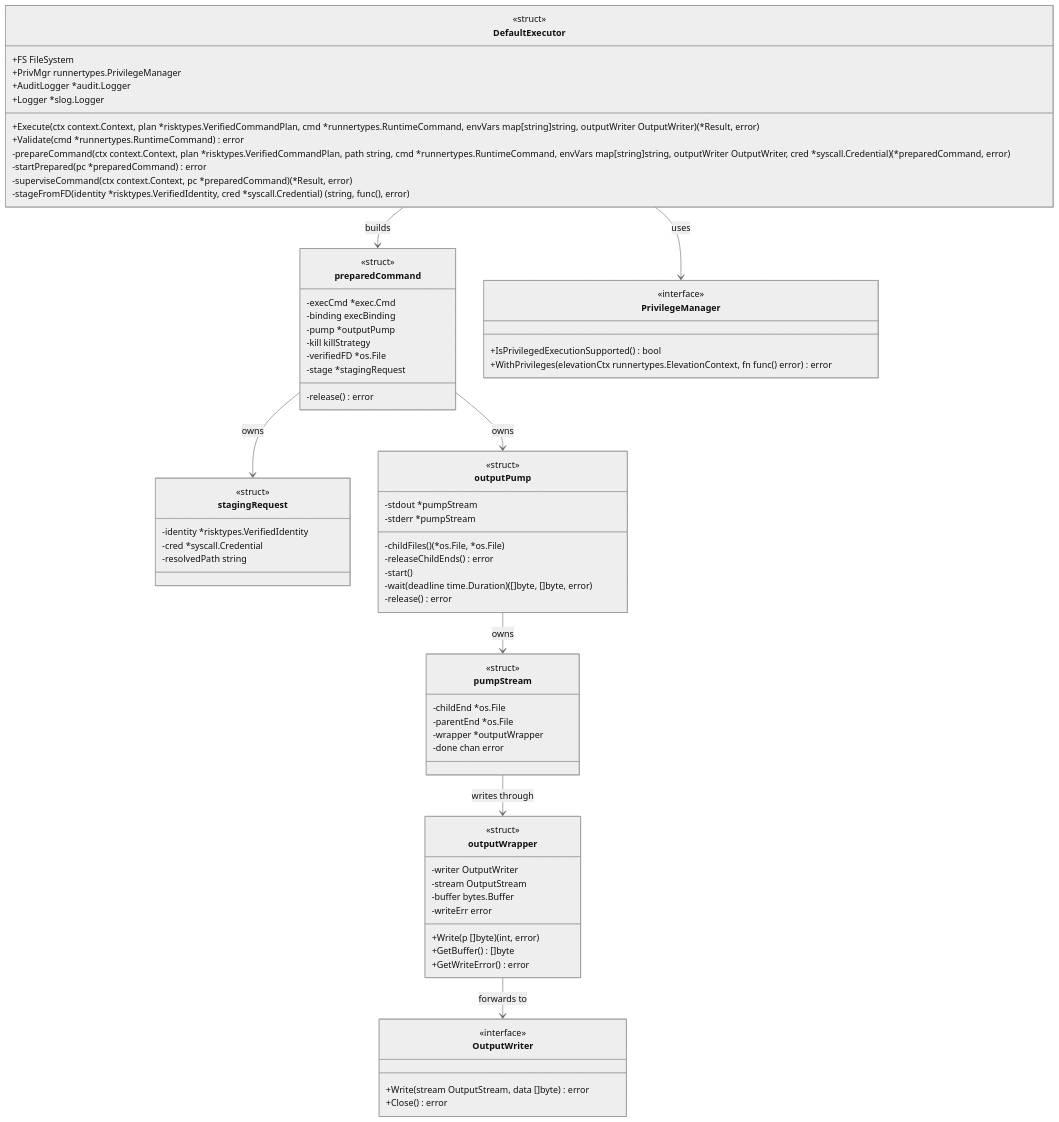
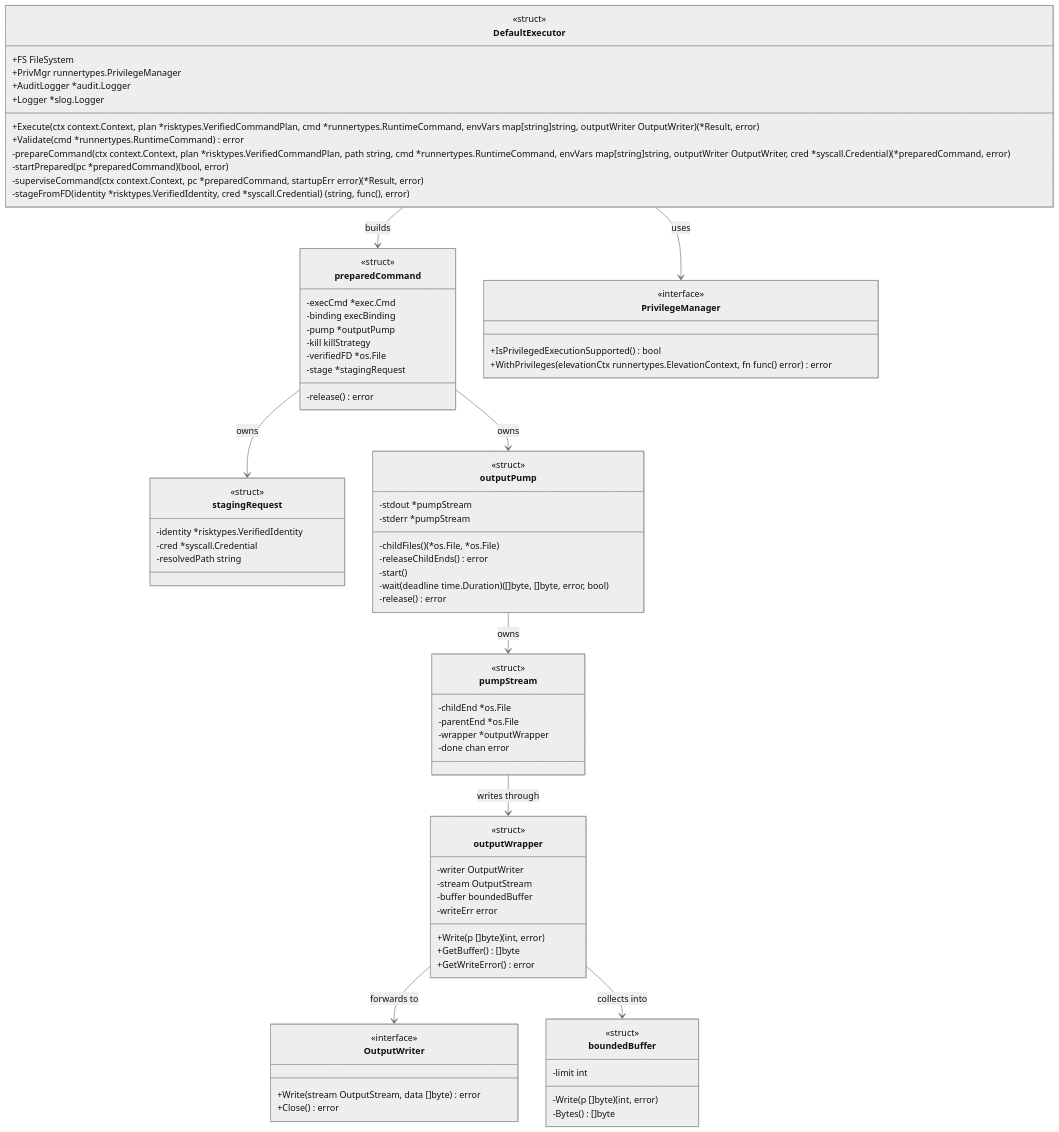
One commit to isseis/go-safe-cmd-runner changed the eighth of 13 diagrams in docs/tasks/0171_privilege_gap_narrowing/02_architecture.md. Above: the diagram before and after it, drawn with Mermaid (neutral theme). The commit also changed other lines of this file, not shown here.

First line of the commit message:
docs(0171): fix design defects found in architecture review

````diff
--- a/docs/tasks/0171_privilege_gap_narrowing/02_architecture.md
+++ b/docs/tasks/0171_privilege_gap_narrowing/02_architecture.md
@@ -605,8 +729,8 @@
         +Execute(ctx context.Context, plan *risktypes.VerifiedCommandPlan, cmd *runnertypes.RuntimeCommand, envVars map[string]string, outputWriter OutputWriter) (*Result, error)
         +Validate(cmd *runnertypes.RuntimeCommand) error
         -prepareCommand(ctx context.Context, plan *risktypes.VerifiedCommandPlan, path string, cmd *runnertypes.RuntimeCommand, envVars map[string]string, outputWriter OutputWriter, cred *syscall.Credential) (*preparedCommand, error)
-        -startPrepared(pc *preparedCommand) error
-        -superviseCommand(ctx context.Context, pc *preparedCommand) (*Result, error)
+        -startPrepared(pc *preparedCommand) (bool, error)
+        -superviseCommand(ctx context.Context, pc *preparedCommand, startupErr error) (*Result, error)
         -stageFromFD(identity *risktypes.VerifiedIdentity, cred *syscall.Credential) (string, func(), error)
     }
 
@@ -635,7 +759,7 @@
         -childFiles() (*os.File, *os.File)
         -releaseChildEnds() error
         -start()
-        -wait(deadline time.Duration) ([]byte, []byte, error)
+        -wait(deadline time.Duration) ([]byte, []byte, error, bool)
         -release() error
     }
 
@@ -651,11 +775,18 @@
         <<struct>>
         -writer OutputWriter
         -stream OutputStream
-        -buffer bytes.Buffer
+        -buffer boundedBuffer
         -writeErr error
         +Write(p []byte) (int, error)
         +GetBuffer() []byte
         +GetWriteError() error
+    }
+
+    class boundedBuffer {
+        <<struct>>
+        -limit int
+        -Write(p []byte) (int, error)
+        -Bytes() []byte
     }
 
     class OutputWriter {
@@ -677,4 +808,5 @@
     outputPump --> pumpStream : owns
     pumpStream --> outputWrapper : writes through
     outputWrapper --> OutputWriter : forwards to
+    outputWrapper --> boundedBuffer : collects into
 ```
````
